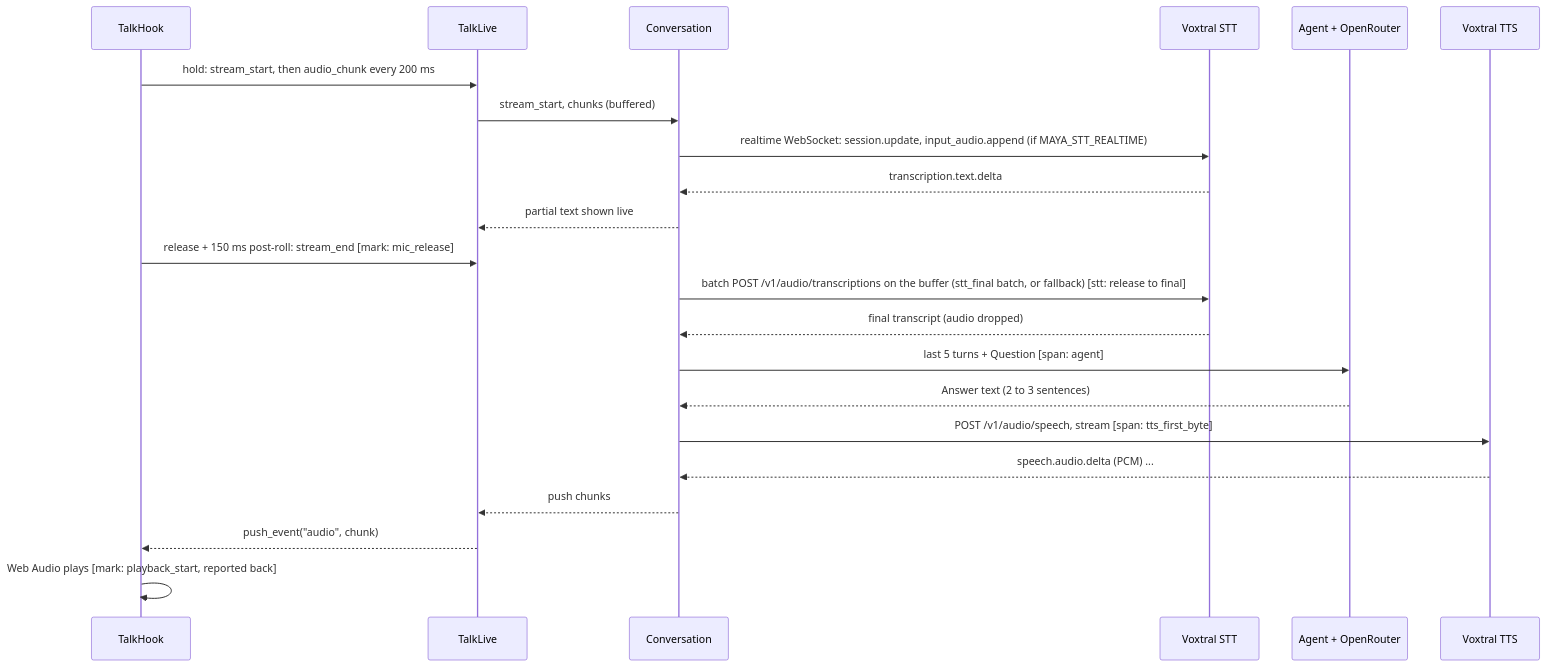
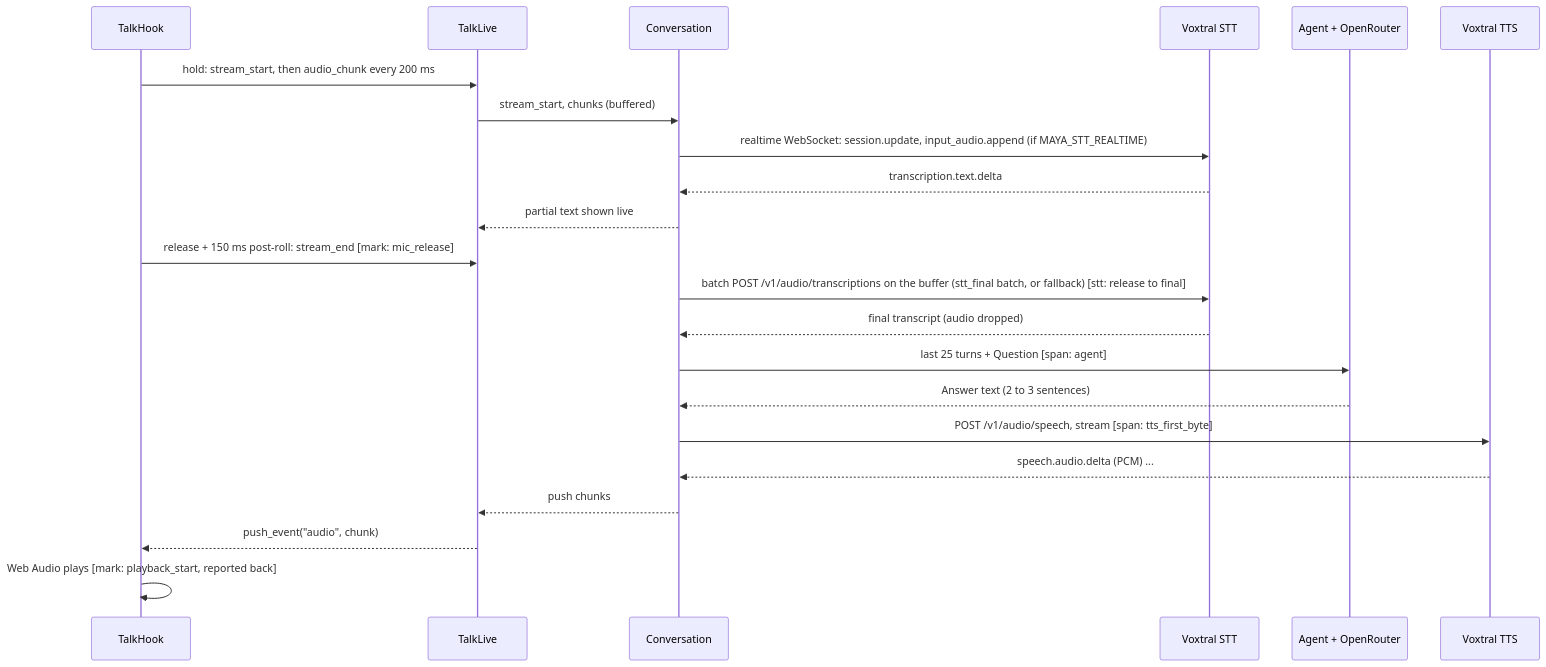
One commit to darth-dodo/maya changed the second of 3 diagrams in ARCHITECTURE.md. Above: the diagram before and after it, drawn with Mermaid. The commit also changed other lines of this file and 16 other files, not shown here.

````diff
--- a/ARCHITECTURE.md
+++ b/ARCHITECTURE.md
@@ -51,24 +51,24 @@
 ```mermaid
 sequenceDiagram
   participant H as TalkHook
   participant L as TalkLive
   participant C as Conversation
   participant S as Voxtral STT
   participant A as Agent + OpenRouter
   participant T as Voxtral TTS
   H->>L: hold: stream_start, then audio_chunk every 200 ms
   L->>C: stream_start, chunks (buffered)
   C->>S: realtime WebSocket: session.update, input_audio.append (if MAYA_STT_REALTIME)
   S-->>C: transcription.text.delta
   C-->>L: partial text shown live
   H->>L: release + 150 ms post-roll: stream_end  [mark: mic_release]
   C->>S: batch POST /v1/audio/transcriptions on the buffer (stt_final batch, or fallback)  [stt: release to final]
   S-->>C: final transcript (audio dropped)
-  C->>A: last 5 turns + Question  [span: agent]
+  C->>A: last 25 turns + Question  [span: agent]
   A-->>C: Answer text (2 to 3 sentences)
   C->>T: POST /v1/audio/speech, stream  [span: tts_first_byte]
   T-->>C: speech.audio.delta (PCM) ...
   C-->>L: push chunks
   L-->>H: push_event("audio", chunk)
   H->>H: Web Audio plays  [mark: playback_start, reported back]
 ```
````
